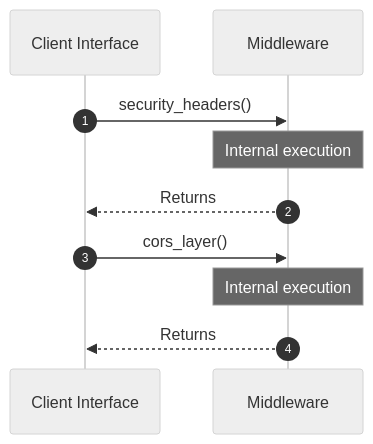
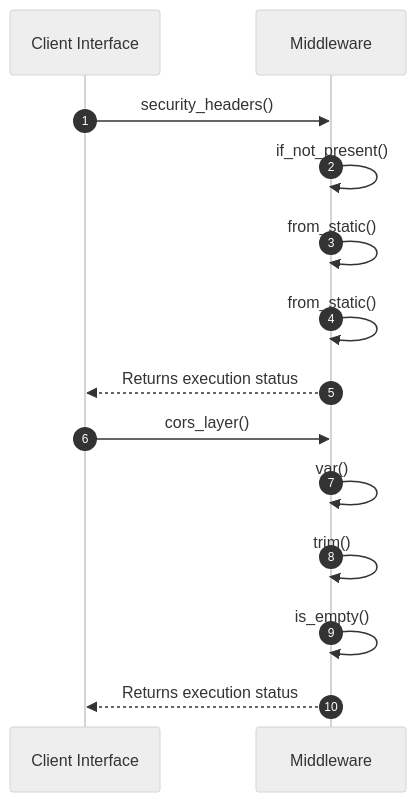
The second of 2 diagrams in openwiki/src/interface/http/middleware.md (lgcorzo/fastapi-autogen-team), drawn with Mermaid (neutral theme) before and after one commit. The commit also changed other lines of this file and 22 other files, not shown here.

````diff
--- a/openwiki/src/interface/http/middleware.md
+++ b/openwiki/src/interface/http/middleware.md
@@ -44,12 +44,16 @@
 ```mermaid
 sequenceDiagram
     autonumber
     participant Caller as Client Interface
     participant Svc as Middleware
     Caller->>Svc: security_headers()
-    Note over Svc: Internal execution
-    Svc-->>Caller: Returns
+    Svc->>Svc: if_not_present()
+    Svc->>Svc: from_static()
+    Svc->>Svc: from_static()
+    Svc-->>Caller: Returns execution status
     Caller->>Svc: cors_layer()
-    Note over Svc: Internal execution
-    Svc-->>Caller: Returns
+    Svc->>Svc: var()
+    Svc->>Svc: trim()
+    Svc->>Svc: is_empty()
+    Svc-->>Caller: Returns execution status
 ```
````
